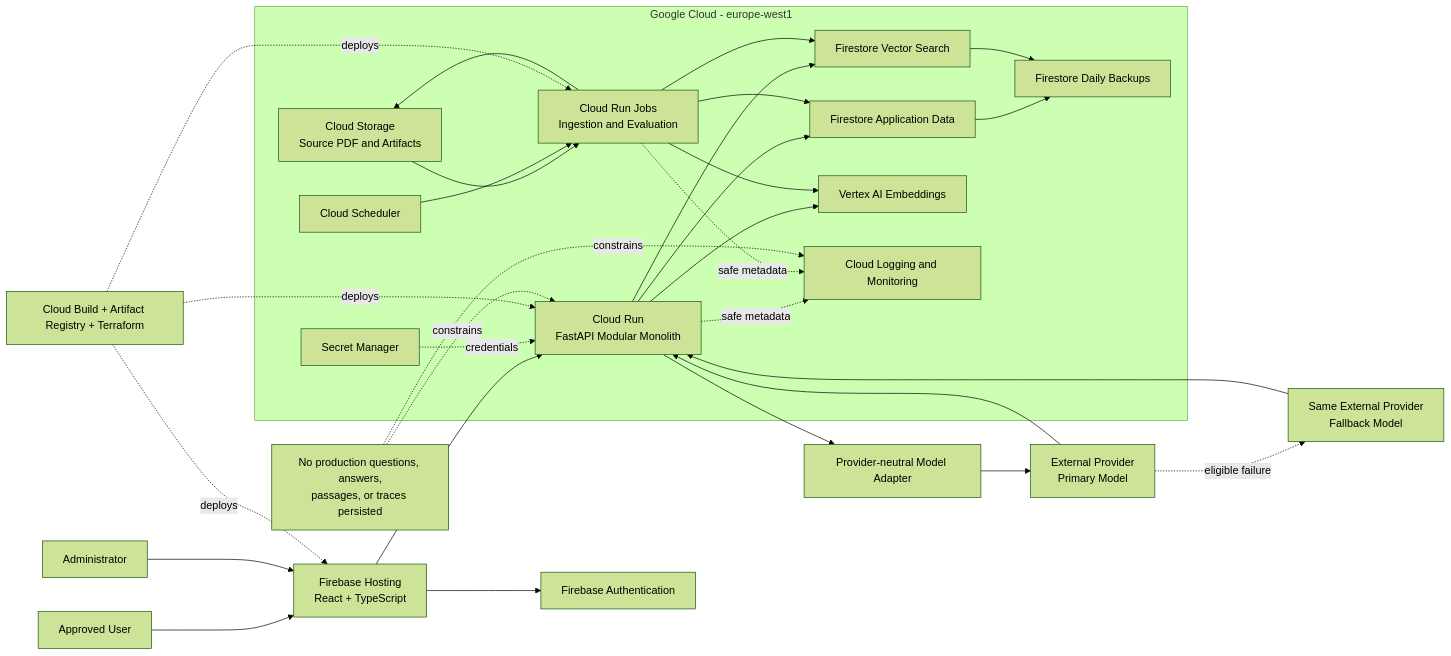
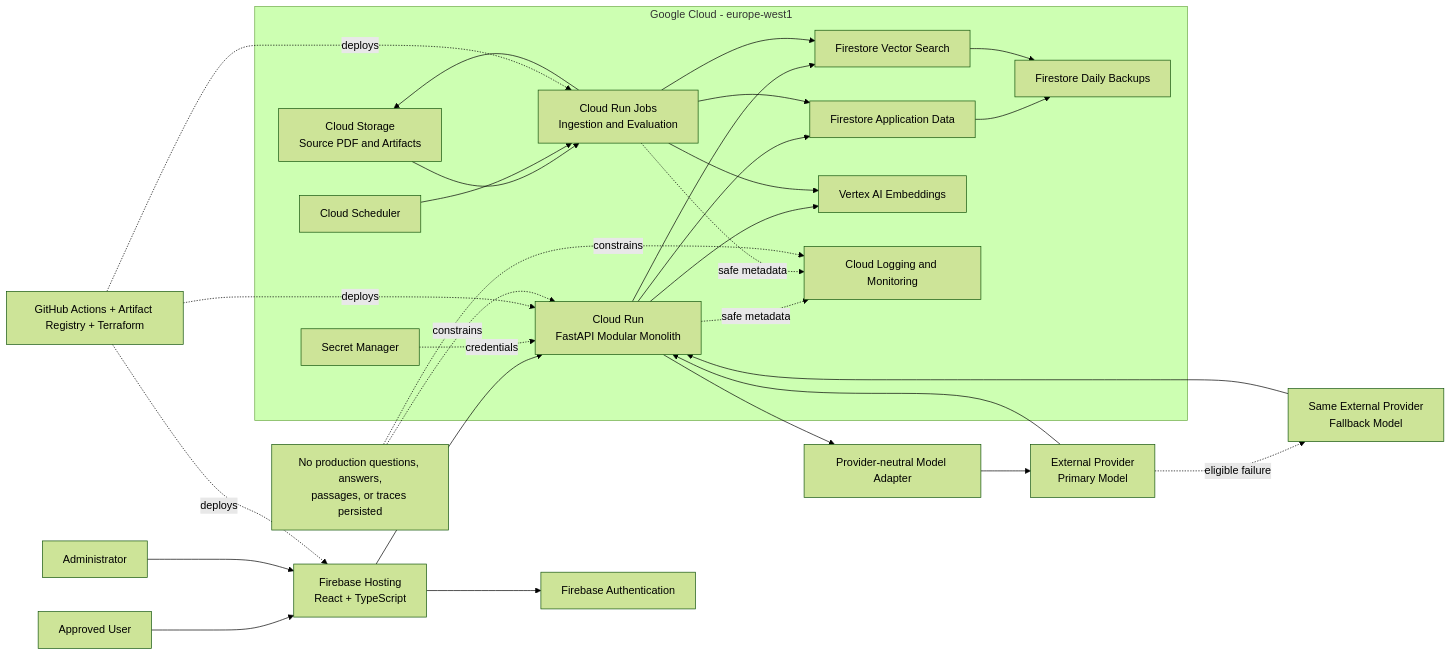
The diagram in documents/ARCHITECTURE.md (issacamara/dmbok-compass), drawn with Mermaid (forest theme) before and after one commit. The commit also changed other lines of this file and 11 other files, not shown here.

First line of the commit message:
Migrate immutable delivery from Cloud Build to GitHub Actions (#83)

````diff
--- a/documents/ARCHITECTURE.md
+++ b/documents/ARCHITECTURE.md
@@ -82,37 +82,37 @@
 ```mermaid
 flowchart LR
     User[Approved User] --> Web[Firebase Hosting<br/>React + TypeScript]
     Admin[Administrator] --> Web
     Web --> Auth[Firebase Authentication]
     Web --> API[Cloud Run<br/>FastAPI Modular Monolith]
 
     subgraph GCP[Google Cloud - europe-west1]
         API --> AppData[Firestore Application Data]
         API --> Vector[Firestore Vector Search]
         API --> Embed[Vertex AI Embeddings]
         Storage[Cloud Storage<br/>Source PDF and Artifacts] --> Job[Cloud Run Jobs<br/>Ingestion and Evaluation]
         Scheduler[Cloud Scheduler] --> Job
         Job --> Storage
         Job --> Vector
         Job --> AppData
         Job --> Embed
         Secrets[Secret Manager] -. credentials .-> API
         API -. safe metadata .-> Ops[Cloud Logging and Monitoring]
         Job -. safe metadata .-> Ops
         AppData --> Backup[Firestore Daily Backups]
         Vector --> Backup
     end
 
     API --> Adapter[Provider-neutral Model Adapter]
     Adapter --> Primary[External Provider<br/>Primary Model]
     Primary -. eligible failure .-> Fallback[Same External Provider<br/>Fallback Model]
     Primary --> API
     Fallback --> API
 
-    Build[Cloud Build + Artifact Registry + Terraform] -. deploys .-> Web
+    Build[GitHub Actions + Artifact Registry + Terraform] -. deploys .-> Web
     Build -. deploys .-> API
     Build -. deploys .-> Job
 
     Privacy[No production questions, answers,<br/>passages, or traces persisted] -. constrains .-> API
     Privacy -. constrains .-> Ops
 ```
````
